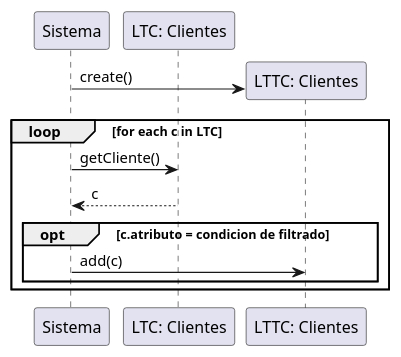
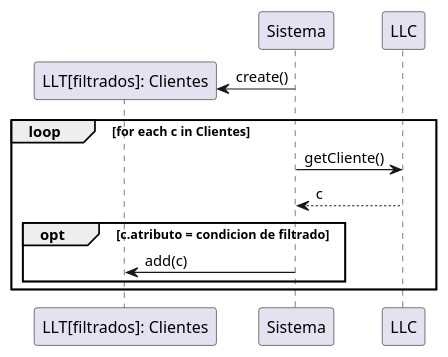
One commit to sandobaitt/TpDiseno changed the seventh of 12 diagrams in tpi2/apunte.md. Above: the diagram before and after it, drawn with PlantUML. The commit also changed other lines of this file and 22 other files, not shown here.

````diff
--- a/tpi2/apunte.md
+++ b/tpi2/apunte.md
@@ -344,15 +299,12 @@
 ```plantuml
-participant "Sistema" as Sistema
-participant "LTC: Clientes" as LTC
+create "LLT[filtrados]: Clientes" as LLTF
+Sistema -> LLTF: create()
 
-create "LTTC: Clientes" as LTTC
-Sistema -> LTTC: create()
-
-loop for each c in LTC
-    Sistema -> LTC: getCliente()
-    LTC --> Sistema: c
+loop for each c in Clientes
+    Sistema -> LLC: getCliente()
+    LLC --> Sistema: c
     opt c.atributo = condicion de filtrado
-        Sistema -> LTTC: add(c)
+        Sistema -> LLTF: add(c)
     end
 end
 ```
````
